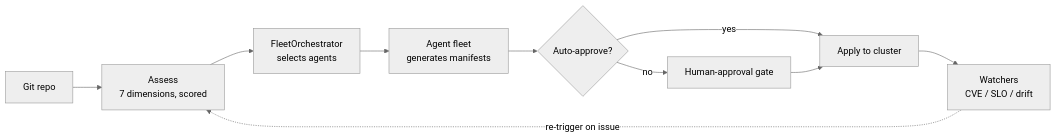
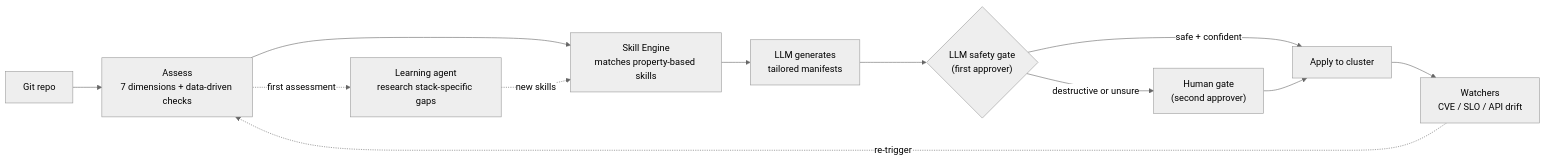
Before and after one commit to alimobrem/AgentIT: the diagram in README.md, drawn with Mermaid (neutral theme). The commit also changed other lines of this file and 26 other files, not shown here.

First line of the commit message:
feat: data-driven check engine, skills-first orchestration, updated docs

````diff
--- a/README.md
+++ b/README.md
@@ -49,12 +52,14 @@
 ```mermaid
 flowchart LR
-    A["Git repo"] --> B["Assess\n7 dimensions, scored"]
-    B --> C["FleetOrchestrator\nselects agents"]
-    C --> D["Agent fleet\ngenerates manifests"]
-    D --> E{"Auto-approve?"}
-    E -->|"yes"| F["Apply to cluster"]
-    E -->|"no"| G["Human-approval gate"]
+    A["Git repo"] --> B["Assess\n7 dimensions + data-driven checks"]
+    B --> C["Skill Engine\nmatches property-based skills"]
+    C --> D["LLM generates\ntailored manifests"]
+    D --> E{"LLM safety gate\n(first approver)"}
+    E -->|"safe + confident"| F["Apply to cluster"]
+    E -->|"destructive or unsure"| G["Human gate\n(second approver)"]
     G --> F
-    F --> H["Watchers\nCVE / SLO / drift"]
-    H -.->|"re-trigger on issue"| B
+    F --> H["Watchers\nCVE / SLO / API drift"]
+    H -.->|"re-trigger"| B
+    B -.->|"first assessment"| I["Learning agent\nresearch stack-specific gaps"]
+    I -.->|"new skills"| C
 ```
````
